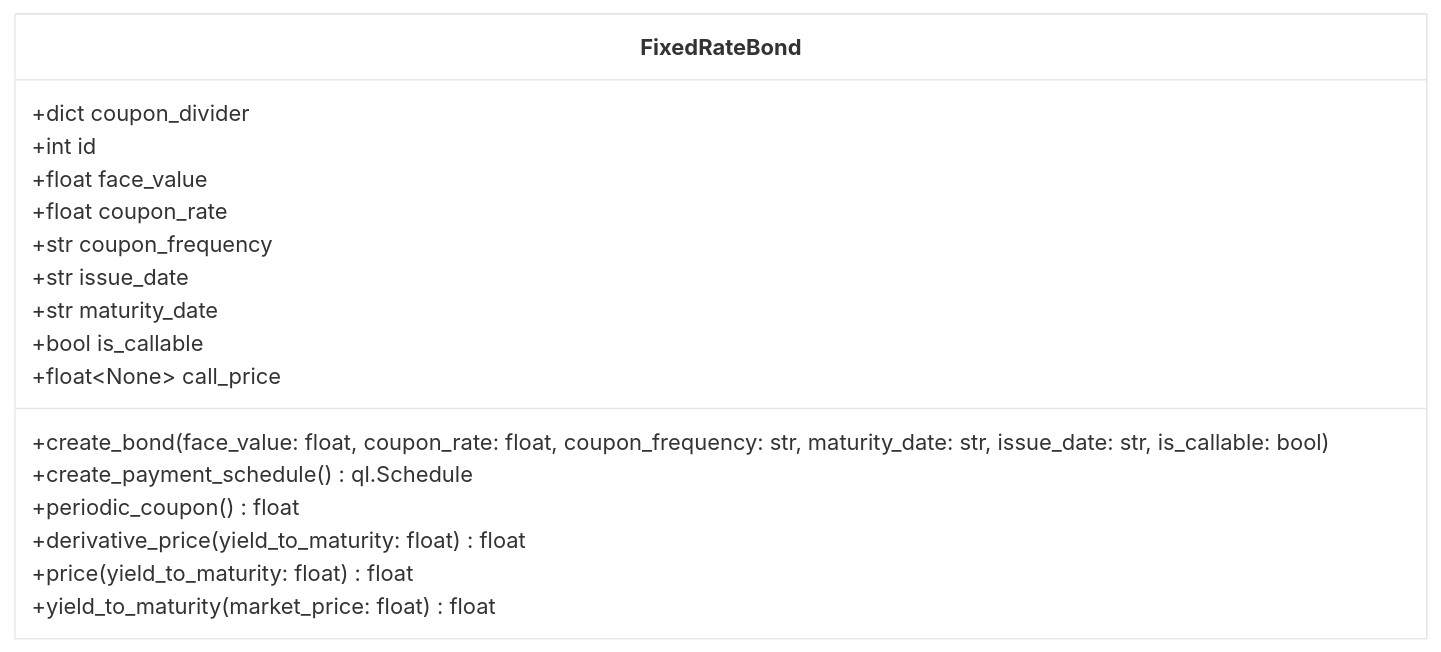
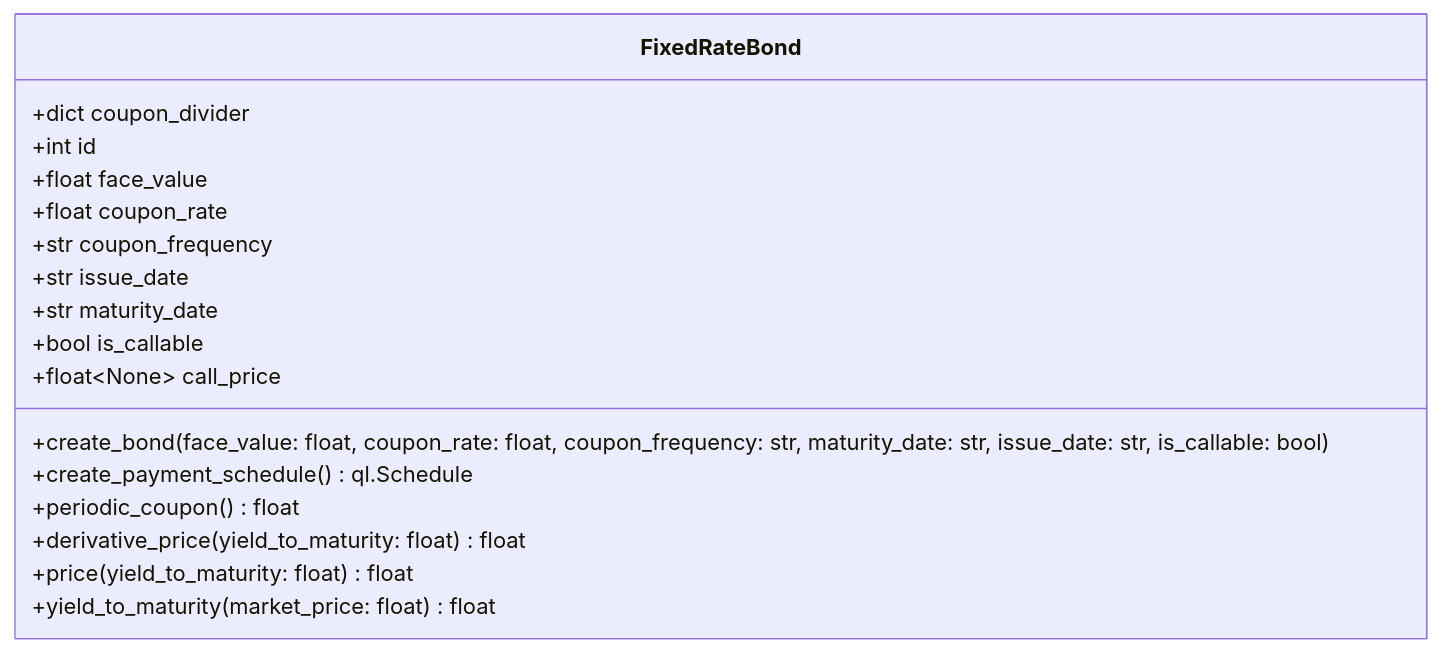
The third of 3 diagrams in README.md (krzysiekbienias/numeraire), drawn with Mermaid before and after one commit. The commit also changed other lines of this file, not shown here.

Commit message:
readme: Change diagrams background.

````diff
--- a/README.md
+++ b/README.md
@@ -360,29 +352,20 @@
-```mermaid
-
-%%{init: {'theme': 'base', 'themeVariables': {
-    'background': 'rgb(245,245,245)', 
-    'primaryColor': 'rgb(255,255,255)', 
-    'primaryTextColor': '#333333', 
-    'edgeLabelBackground': '#ffffff',
-    'tertiaryColor': '#f5f5f5',
-    'fontFamily': 'Arial'
-}}}%%    
+```mermaid   
 classDiagram
     class FixedRateBond {
         +dict coupon_divider
         +int id
         +float face_value
         +float coupon_rate
         +str coupon_frequency
         +str issue_date
         +str maturity_date
         +bool is_callable
         +float~None~ call_price
         +create_bond(face_value: float, coupon_rate: float, coupon_frequency: str, maturity_date: str, issue_date: str, is_callable: bool)
         +create_payment_schedule() ql.Schedule
         +periodic_coupon() float
         +derivative_price(yield_to_maturity: float) float
         +price(yield_to_maturity: float) float
         +yield_to_maturity(market_price: float) float
     }
 ```
````
